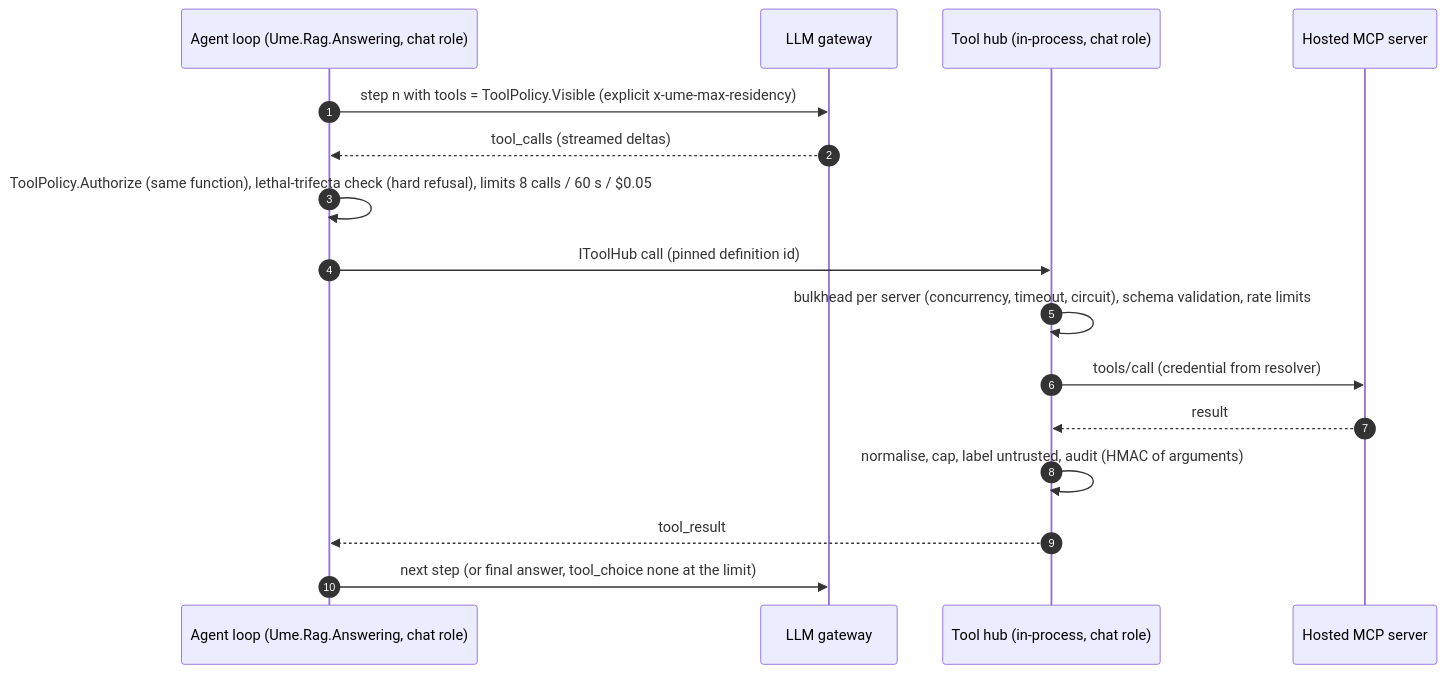
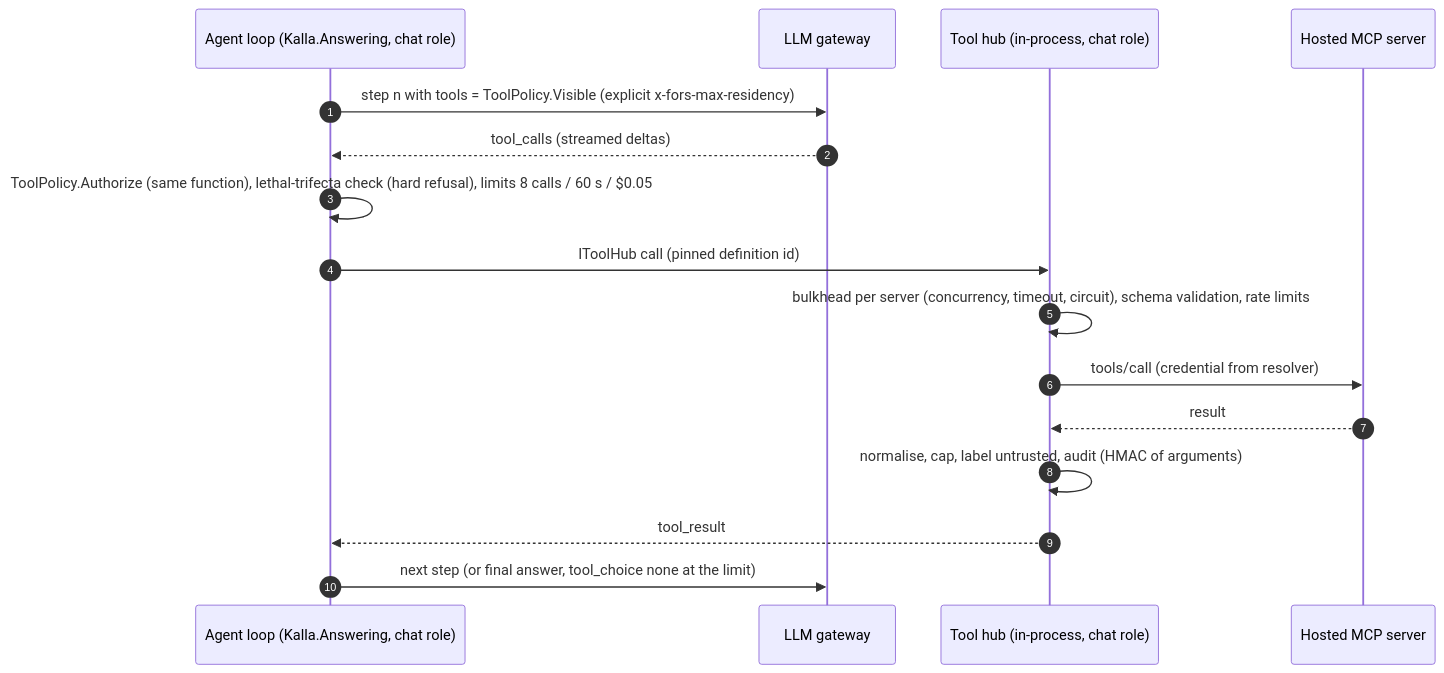
The fourth of 4 diagrams in plans/architecture.md (thekim1/kalla), drawn with Mermaid before and after one commit. The commit also changed other lines of this file and 2280 other files, not shown here.

````diff
--- a/plans/architecture.md
+++ b/plans/architecture.md
@@ -218,19 +218,19 @@
 ```mermaid
 sequenceDiagram
     autonumber
-    participant M as Agent loop (Ume.Rag.Answering, chat role)
+    participant M as Agent loop (Kalla.Answering, chat role)
     participant G as LLM gateway
     participant H as Tool hub (in-process, chat role)
     participant S as Hosted MCP server
 
-    M->>G: step n with tools = ToolPolicy.Visible (explicit x-ume-max-residency)
+    M->>G: step n with tools = ToolPolicy.Visible (explicit x-fors-max-residency)
     G-->>M: tool_calls (streamed deltas)
     M->>M: ToolPolicy.Authorize (same function), lethal-trifecta check (hard refusal), limits 8 calls / 60 s / $0.05
     M->>H: IToolHub call (pinned definition id)
     H->>H: bulkhead per server (concurrency, timeout, circuit), schema validation, rate limits
     H->>S: tools/call (credential from resolver)
     S-->>H: result
     H->>H: normalise, cap, label untrusted, audit (HMAC of arguments)
     H-->>M: tool_result
     M->>G: next step (or final answer, tool_choice none at the limit)
 ```
````
